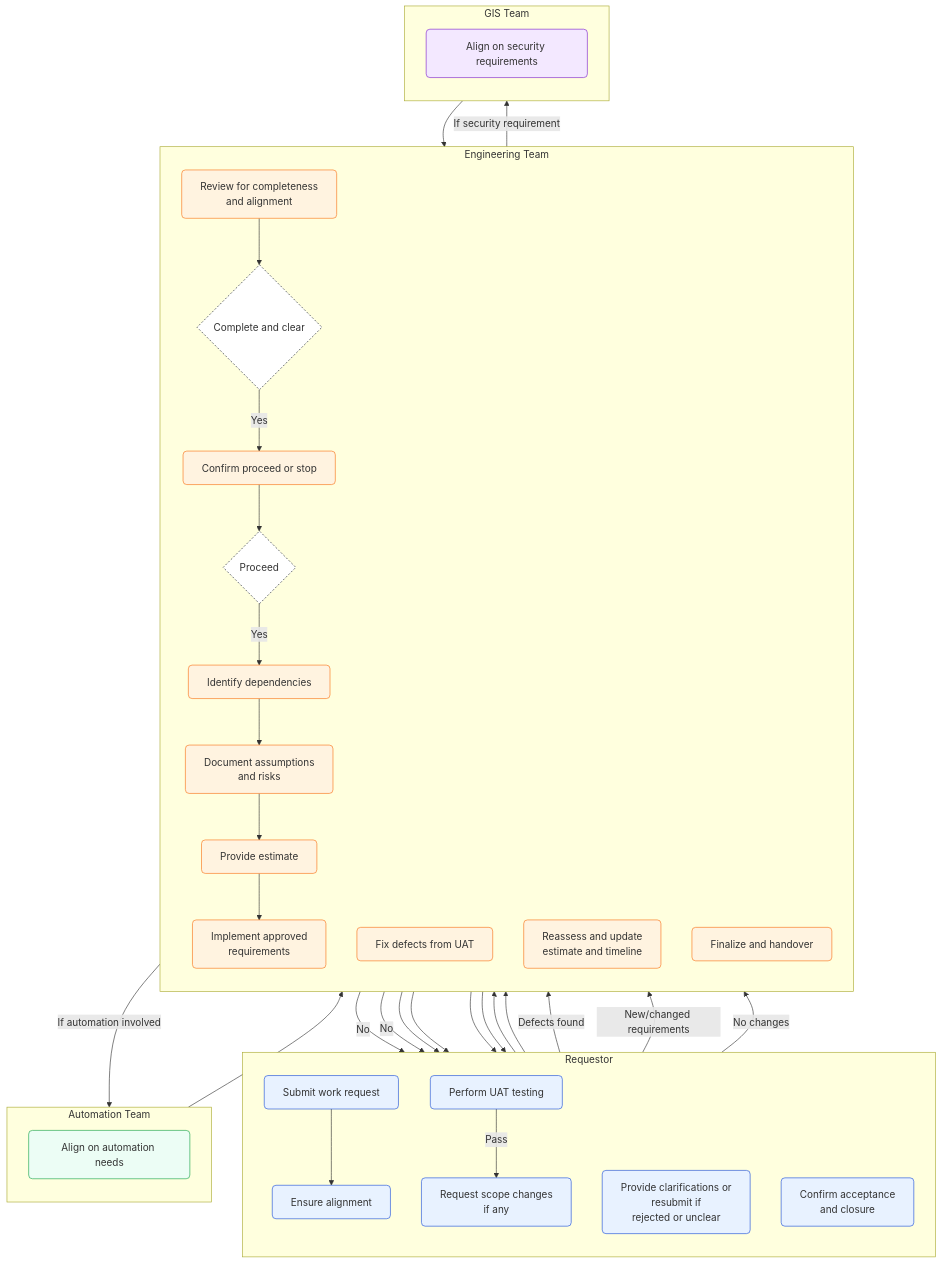
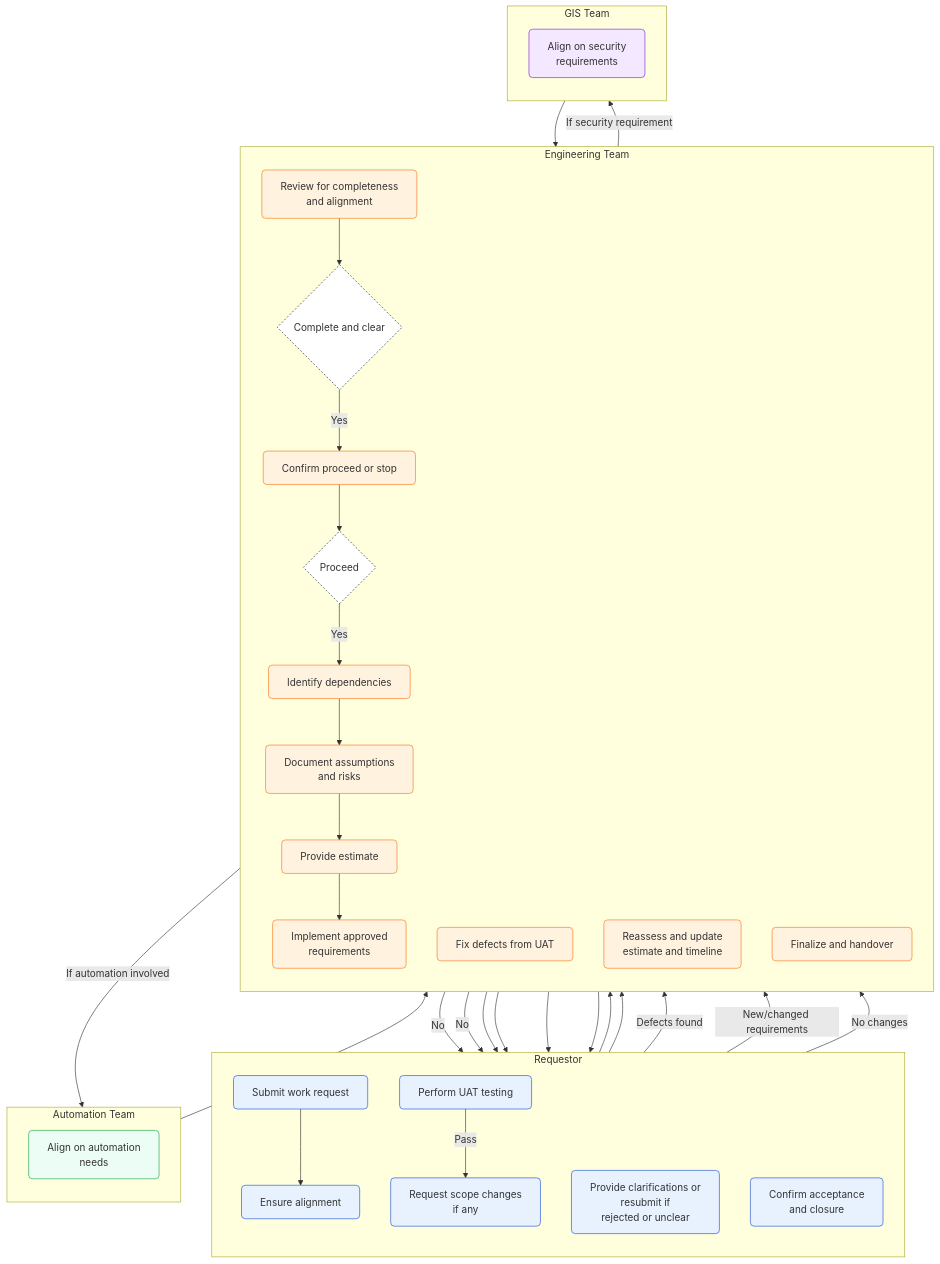
Before and after one commit to alpha2phi/alpha-trader: the diagram in WORK_INTAKE.md, drawn with Mermaid. The commit also changed other lines of this file, not shown here.

````diff
--- a/WORK_INTAKE.md
+++ b/WORK_INTAKE.md
@@ -62,66 +67,66 @@
 ```mermaid
 
 flowchart TD
 %% ===== STYLES =====
 classDef req fill:#e8f2ff,stroke:#1d4ed8,stroke-width:1px,rx:6,ry:6;
 classDef eng fill:#fff3e0,stroke:#f97316,stroke-width:1px,rx:6,ry:6;
 classDef auto fill:#ecfdf5,stroke:#16a34a,stroke-width:1px,rx:6,ry:6;
 classDef gis fill:#f3e8ff,stroke:#7e22ce,stroke-width:1px,rx:6,ry:6;
 classDef gate fill:#ffffff,stroke:#111827,stroke-dasharray:3 3,rx:8,ry:8;
 
 %% ===== SWIMLANES =====
 subgraph R[Requestor]
 direction TB
   R1[Submit work request]:::req
   R1a[Ensure alignment]:::req
   R2[Provide clarifications or<br/>resubmit if<br/>rejected or unclear]:::req
   R3[Perform UAT testing]:::req
   R4[Request scope changes<br/>if any]:::req
   R5[Confirm acceptance <br/>and closure]:::req
 end
 
 subgraph E[Engineering Team]
 direction TB
   E1[Review for completeness <br/> and alignment]:::eng
   G1{Complete and clear}:::gate
   E2[Confirm proceed or stop]:::eng
   G2{Proceed}:::gate
   E3[Identify dependencies]:::eng
   E4[Document assumptions<br/>and risks]:::eng
   E5[Provide estimate]:::eng
   E6[Implement approved<br/>requirements]:::eng
   E7[Fix defects from UAT]:::eng
   E8[Reassess and update<br/>estimate and timeline]:::eng
   E9[Finalize and handover]:::eng
 end
 
 subgraph A[Automation Team]
 direction TB
-  A1[Align on automation needs]:::auto
+  A1[Align on automation<br/>needs]:::auto
 end
 
 subgraph G[GIS Team]
 direction TB
-  S1[Align on security requirements]:::gis
+  S1[Align on security<br/>requirements]:::gis
 end
 
 %% ===== FLOW TOP DOWN =====
 R1 --> R1a --> E1
 E1 --> G1
 G1 -- "No" --> R2 --> E1
 G1 -- "Yes" --> E2
 E2 --> G2
 G2 -- "No" --> R2
 G2 -- "Yes" --> E3 --> E4 --> E5 --> E6
 
 E6 -->|If automation involved| A1 --> E6
 E6 -->|If security requirement| S1 --> E6
 
 E6 --> R3
 R3 -->|Defects found| E7 --> R3
 R3 -->|Pass| R4
 
 R4 -->|New/changed requirements| E8 --> R3
 R4 -->|No changes| E9 --> R5
 
 ```
````
